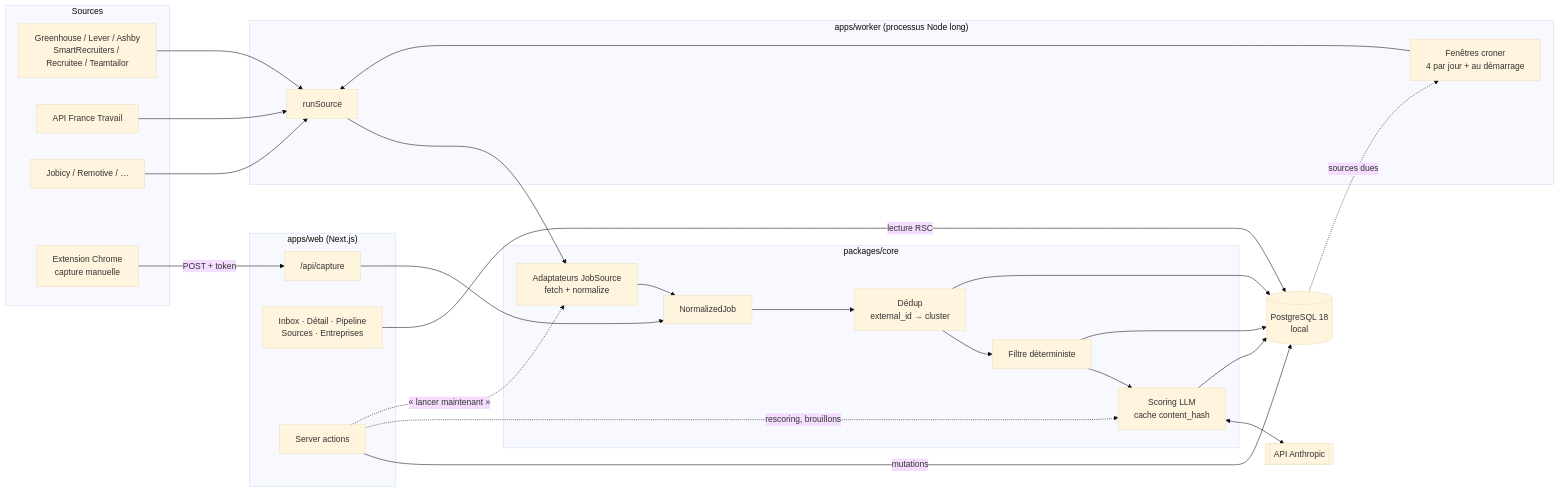
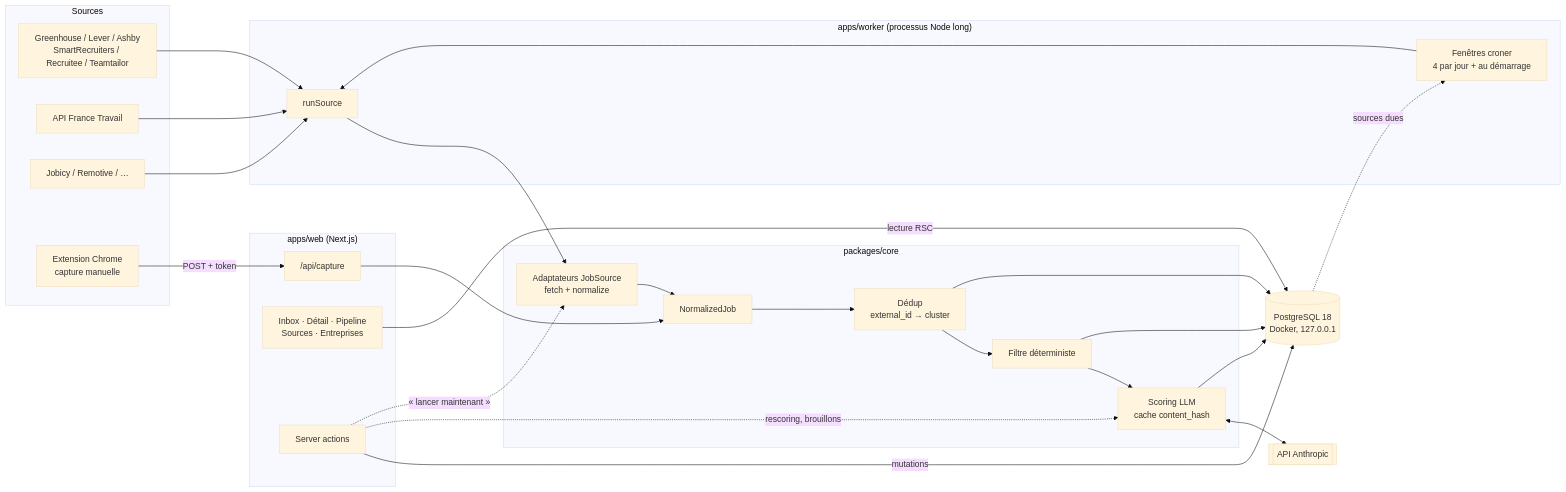
One commit to RobinBonhoure/Jobfinder changed the first of 2 diagrams in docs/PLAN.md. Above: the diagram before and after it, drawn with Mermaid (base theme). The commit also changed other lines of this file and 10 other files, not shown here.

First line of the commit message:
Run PostgreSQL in Docker Compose instead of natively

````diff
--- a/docs/PLAN.md
+++ b/docs/PLAN.md
@@ -45,41 +45,41 @@
 ```mermaid
 flowchart LR
   subgraph Sources
     GH[Greenhouse / Lever / Ashby<br/>SmartRecruiters / Recruitee / Teamtailor]
     FT[API France Travail]
     RB[Jobicy / Remotive / …]
     EXT[Extension Chrome<br/>capture manuelle]
   end
 
   subgraph Worker["apps/worker (processus Node long)"]
     SCHED[Fenêtres croner<br/>4 par jour + au démarrage] --> RUN[runSource]
   end
 
   subgraph Core["packages/core"]
     ADP[Adaptateurs JobSource<br/>fetch + normalize]
     NORM[NormalizedJob]
     DEDUP[Dédup<br/>external_id → cluster]
     FILT[Filtre déterministe]
     SCORE[Scoring LLM<br/>cache content_hash]
   end
 
   subgraph Web["apps/web (Next.js)"]
     API["/api/capture"]
     UI[Inbox · Détail · Pipeline<br/>Sources · Entreprises]
     SA[Server actions]
   end
 
-  DB[(PostgreSQL 18<br/>local)]
+  DB[(PostgreSQL 18<br/>Docker, 127.0.0.1)]
   LLM[[API Anthropic]]
 
   GH & FT & RB --> RUN
   RUN --> ADP --> NORM --> DEDUP --> FILT --> SCORE
   EXT -->|POST + token| API --> NORM
   SCORE <--> LLM
   DEDUP & FILT & SCORE --> DB
   UI -->|lecture RSC| DB
   SA -->|mutations| DB
   SA -.->|rescoring, brouillons| SCORE
   SA -.->|« lancer maintenant »| ADP
   DB -.->|sources dues| SCHED
 ```
````
